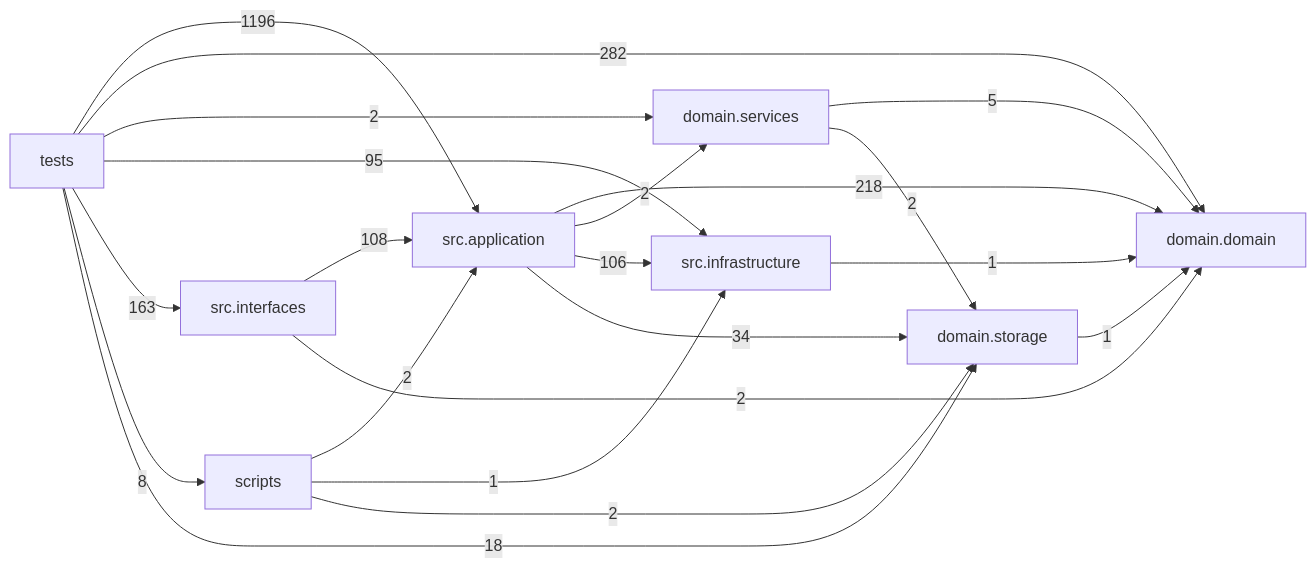
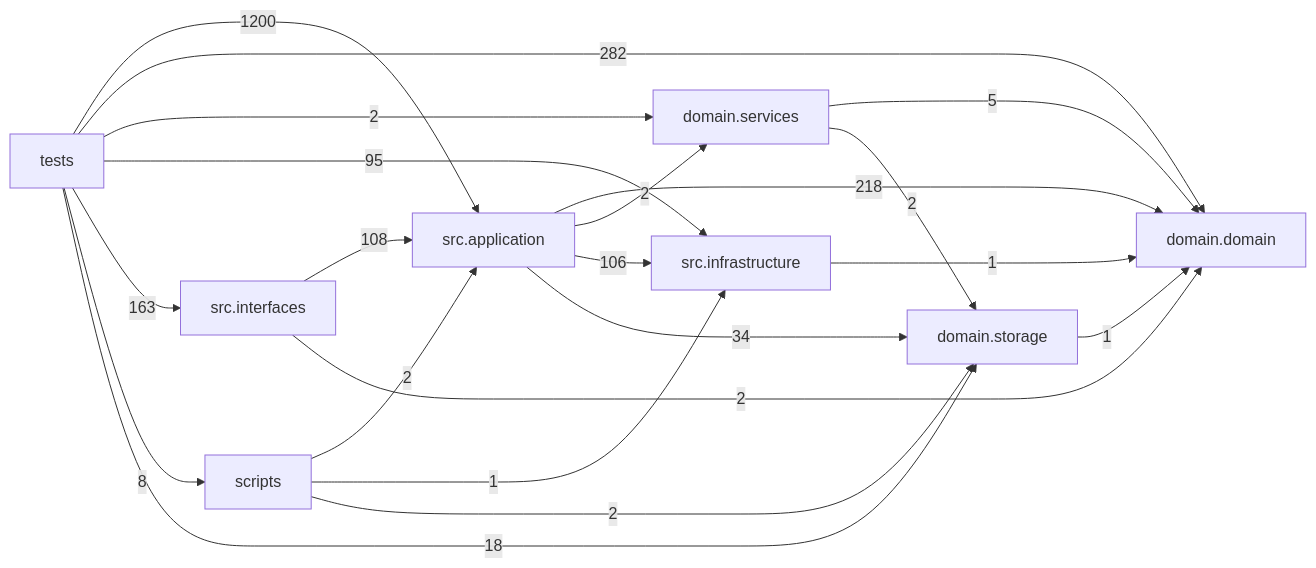
One commit to liuxie066/options-monitor changed the diagram in docs/DEPENDENCY_GRAPH.md. Above: the diagram before and after it, drawn with Mermaid. The commit also changed other lines of this file and 7 other files, not shown here.

````diff
--- a/docs/DEPENDENCY_GRAPH.md
+++ b/docs/DEPENDENCY_GRAPH.md
@@ -24,31 +24,31 @@
 ```mermaid
 flowchart LR
   tests["tests"]
   scripts["scripts"]
   interfaces["src.interfaces"]
   application["src.application"]
   infrastructure["src.infrastructure"]
   domain_services["domain.services"]
   domain["domain.domain"]
   storage["domain.storage"]
   application -->|218| domain
   application -->|2| domain_services
   application -->|106| infrastructure
   application -->|34| storage
   domain_services -->|5| domain
   domain_services -->|2| storage
   infrastructure -->|1| domain
   interfaces -->|108| application
   interfaces -->|2| domain
   scripts -->|2| application
   scripts -->|1| infrastructure
   scripts -->|2| storage
   storage -->|1| domain
-  tests -->|1196| application
+  tests -->|1200| application
   tests -->|282| domain
   tests -->|2| domain_services
   tests -->|95| infrastructure
   tests -->|163| interfaces
   tests -->|8| scripts
   tests -->|18| storage
 ```
````
